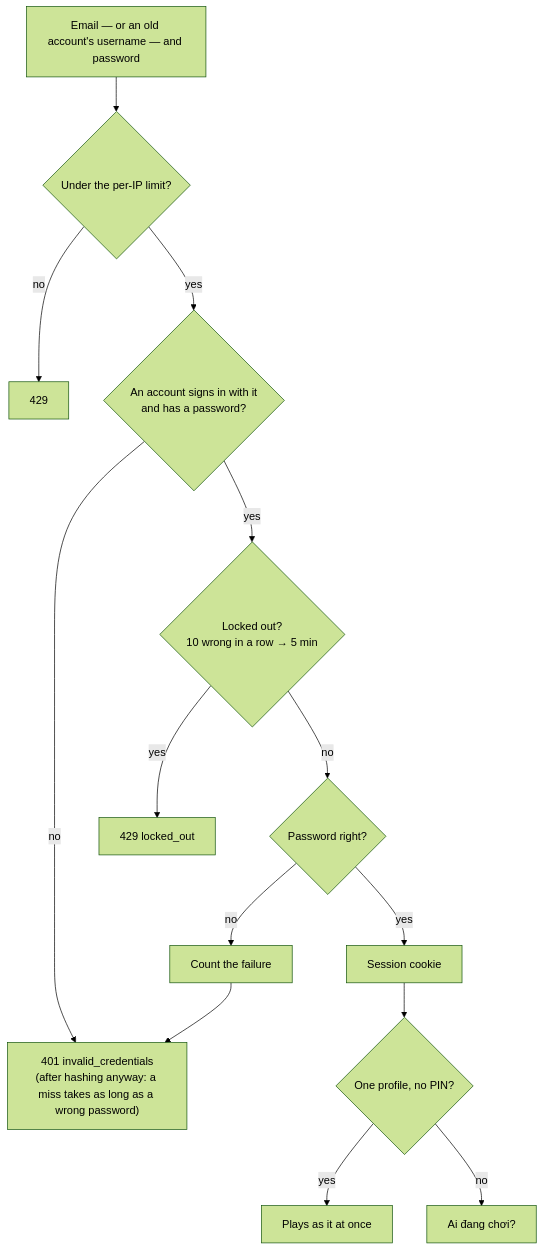
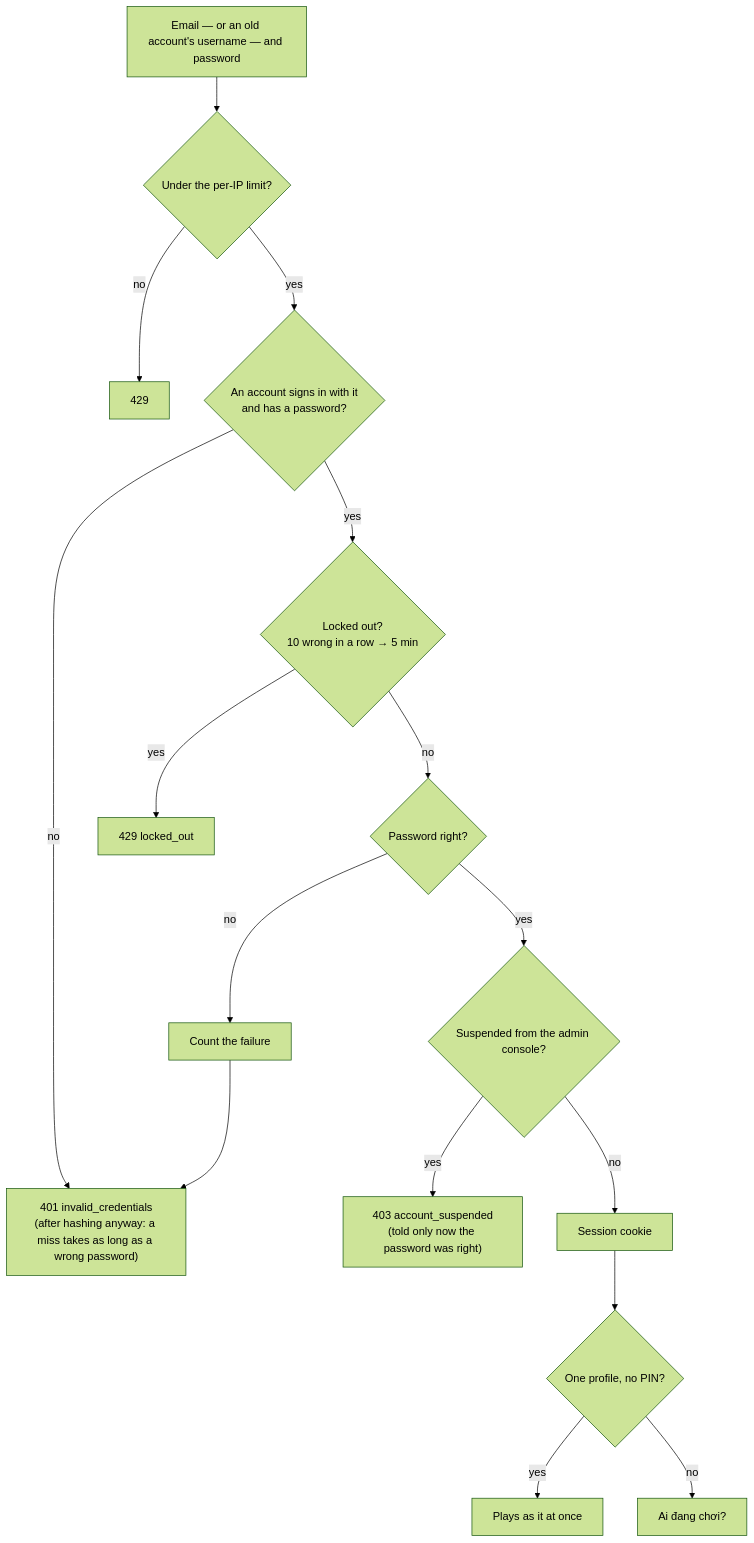
The third of 10 diagrams in docs/architecture/identity.md (vinh466/tohe-play), drawn with Mermaid (forest theme) before and after one commit. The commit also changed other lines of this file and 1 other file, not shown here.

First line of the commit message:
docs: the console's users — suspension, roles, profile names

````diff
--- a/docs/architecture/identity.md
+++ b/docs/architecture/identity.md
@@ -134,15 +140,17 @@
 ```mermaid
 flowchart TD
   start["Email — or an old account's username — and password"] --> rl{"Under the per-IP limit?"}
   rl -- no --> slow["429"]
   rl -- yes --> find{"An account signs in with it<br/>and has a password?"}
   find -- no --> miss["401 invalid_credentials<br/>(after hashing anyway: a miss takes as long as a wrong password)"]
   find -- yes --> lock{"Locked out?<br/>10 wrong in a row → 5 min"}
   lock -- yes --> locked["429 locked_out"]
   lock -- no --> right{"Password right?"}
   right -- no --> fail["Count the failure"] --> miss
-  right -- yes --> session["Session cookie"]
+  right -- yes --> suspended{"Suspended from the admin console?"}
+  suspended -- yes --> refused["403 account_suspended<br/>(told only now the password was right)"]
+  suspended -- no --> session["Session cookie"]
   session --> only{"One profile, no PIN?"}
   only -- yes --> play["Plays as it at once"]
   only -- no --> picker["Ai đang chơi?"]
 ```
````
